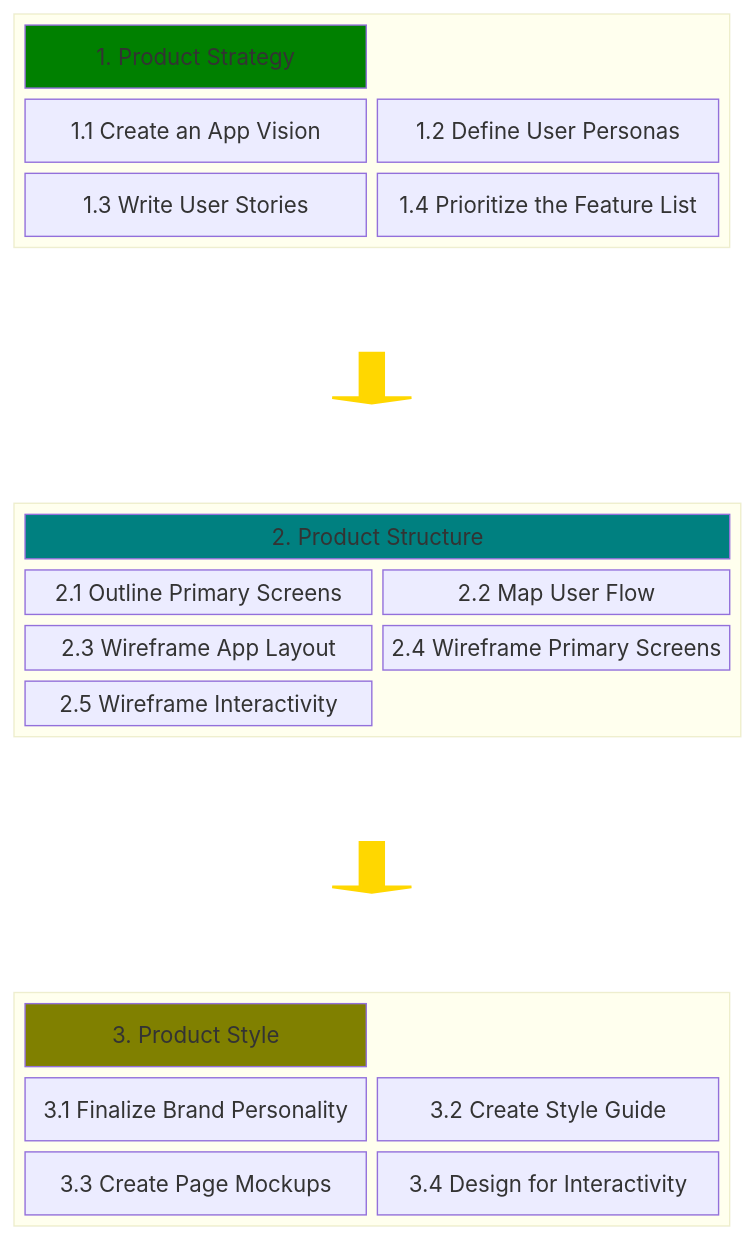
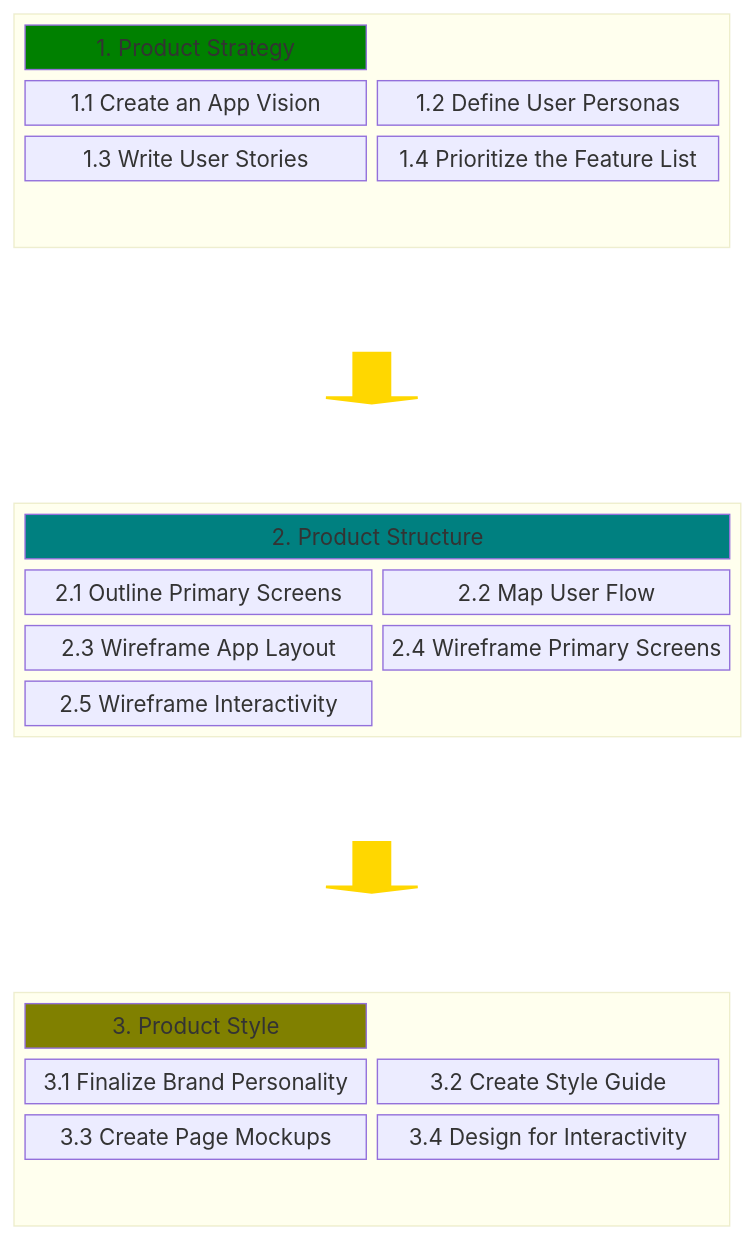
The diagram in docs/resources/techresources/uiux.md (chingu-voyages/Handbook), drawn with Mermaid before and after one commit.

Commit message:
Feature: Add UI/UX workflow process template

````diff
--- a/docs/resources/techresources/uiux.md
+++ b/docs/resources/techresources/uiux.md
@@ -15,36 +15,38 @@
 ```mermaid
 block-beta
 columns 1
   block:STRATEGY
     columns 2
     A["1. Product Strategy"]:2
     B["1.1 Create an App Vision"]
     C["1.2 Define User Personas"]
     D["1.3 Write User Stories"]
     E["1.4 Prioritize the Feature List"]
+    space
   end
-  blockArrowA<["&nbsp;&nbsp;"]>(down)
+  blockArrowA<["&nbsp;&nbsp;&nbsp;&nbsp;"]>(down)
   block:STRUCTURE
     columns 2
     G["2. Product Structure"]:2
     H["2.1 Outline Primary Screens"]
     I["2.2 Map User Flow"]
     J["2.3 Wireframe App Layout"]
     K["2.4 Wireframe Primary Screens"]
     L["2.5 Wireframe Interactivity"]
   end
-  blockArrowB<["&nbsp;&nbsp;"]>(down)
+  blockArrowB<["&nbsp;&nbsp;&nbsp;&nbsp;"]>(down)
   block:STYLE
     columns 2
     M["3. Product Style"]:2
     N["3.1 Finalize Brand Personality"]
     O["3.2 Create Style Guide"]
     P["3.3 Create Page Mockups"]
     Q["3.4 Design for Interactivity"]
+    space
   end
   style A fill:#008000
   style G fill:#008080
   style M fill:#808000
   style blockArrowA fill:#FFD700,stroke:#FFD700,stroke-width:2px
   style blockArrowB fill:#FFD700,stroke:#FFD700,stroke-width:2px
 ```
````
